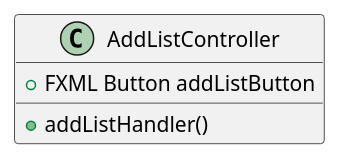
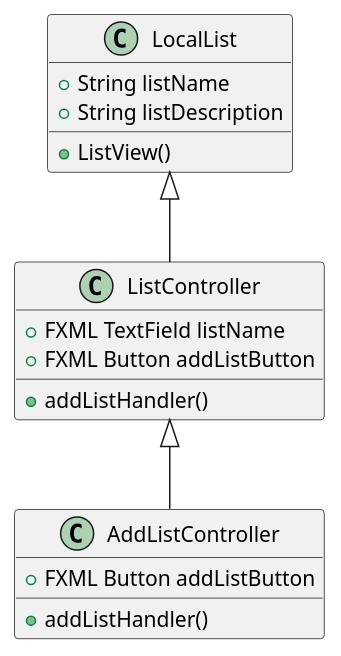
The diagram in uml/AddListController.puml (carolinacrduarte/duarte-cop3330-assignment4part2), drawn with PlantUML before and after one commit. The commit also changed 10 other files, not shown here.

Commit message:
Add relationships to UML diagrams and JUnit tests pseudocode

```diff
--- a/uml/AddListController.puml
+++ b/uml/AddListController.puml
@@ -1,6 +1,21 @@
 @startuml
 class AddListController{
     +FXML Button addListButton
     +addListHandler()
 }
+
+class ListController{
+    +FXML TextField listName
+    +FXML Button addListButton
+    +addListHandler()
+}
+
+class LocalList{
+    +String listName
+    +String listDescription
+    +ListView()
+}
+
+ListController <|-- AddListController
+LocalList <|-- ListController
 @enduml
```
